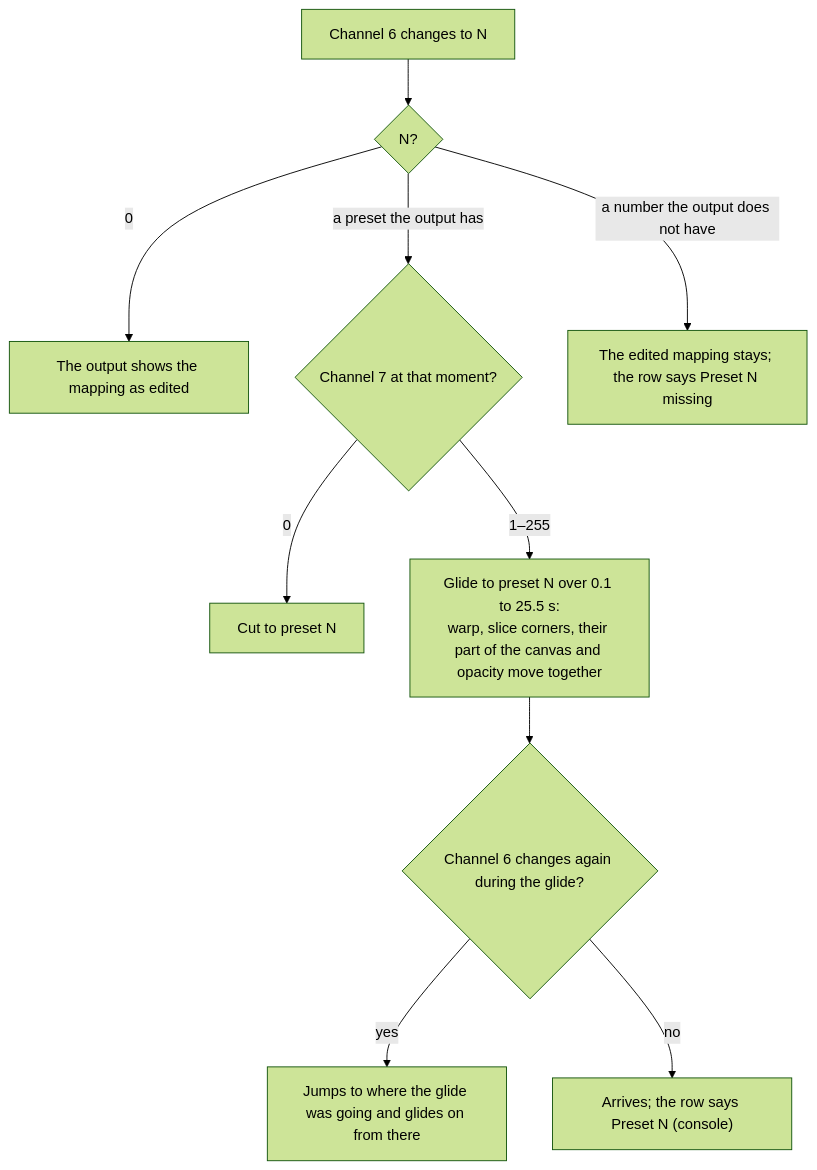
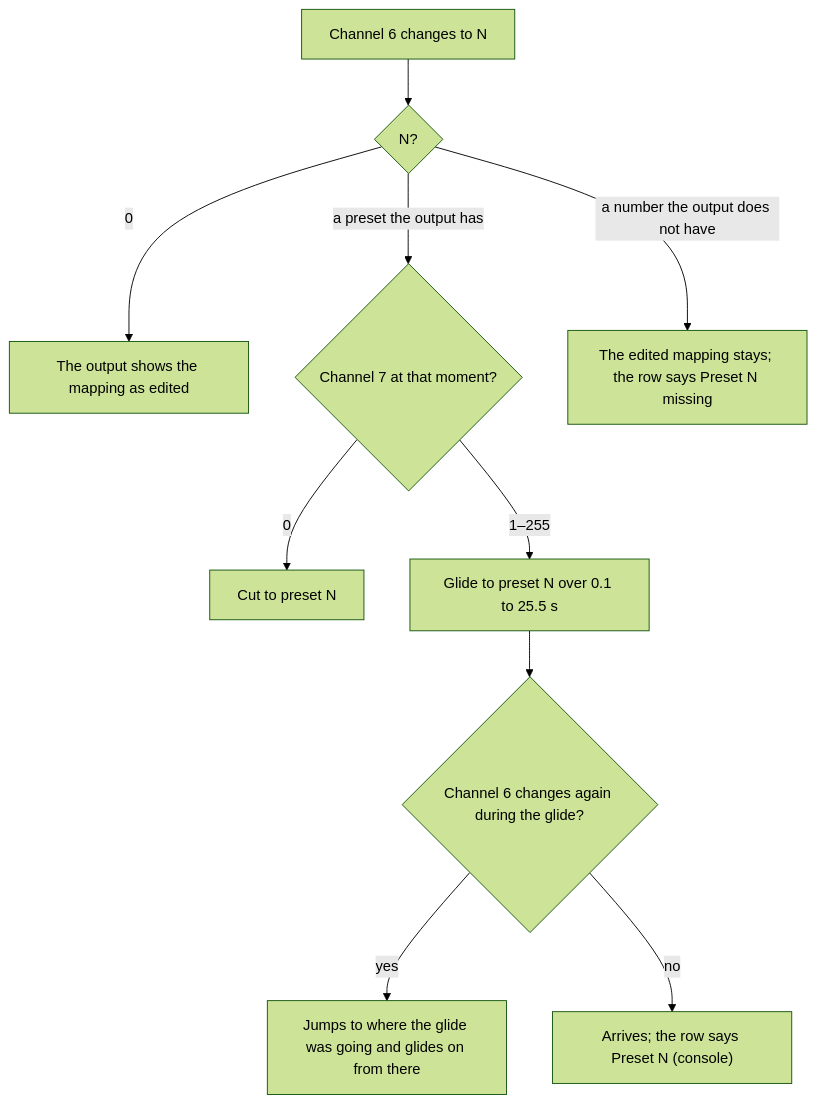
One commit to Timdebruijn/fanous changed the second of 2 diagrams in docs/user/warp-and-masks.md. Above: the diagram before and after it, drawn with Mermaid (forest theme). The commit also changed other lines of this file and 9 other files, not shown here.

````diff
--- a/docs/user/warp-and-masks.md
+++ b/docs/user/warp-and-masks.md
@@ -290,12 +323,12 @@
 ```mermaid
 flowchart TD
   ch6["Channel 6 changes to N"] --> n{"N?"}
   n -- 0 --> edited["The output shows the mapping as edited"]
   n -- "a preset the output has" --> fade{"Channel 7 at that moment?"}
   fade -- 0 --> cut["Cut to preset N"]
-  fade -- "1–255" --> glide["Glide to preset N over 0.1 to 25.5 s:<br>warp, slice corners, their part of the canvas and opacity move together"]
+  fade -- "1–255" --> glide["Glide to preset N over 0.1 to 25.5 s"]
   n -- "a number the output does not have" --> missing["The edited mapping stays; the row says Preset N missing"]
   glide --> again{"Channel 6 changes again during the glide?"}
   again -- yes --> jump["Jumps to where the glide was going and glides on from there"]
   again -- no --> arrive["Arrives; the row says Preset N (console)"]
 ```
````
